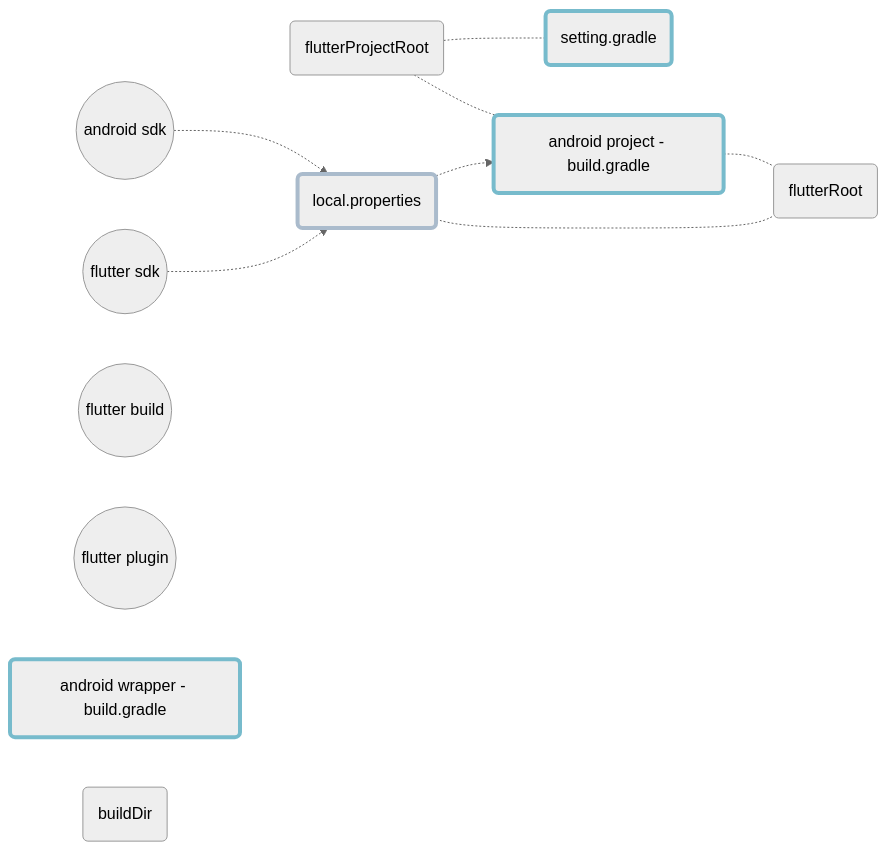
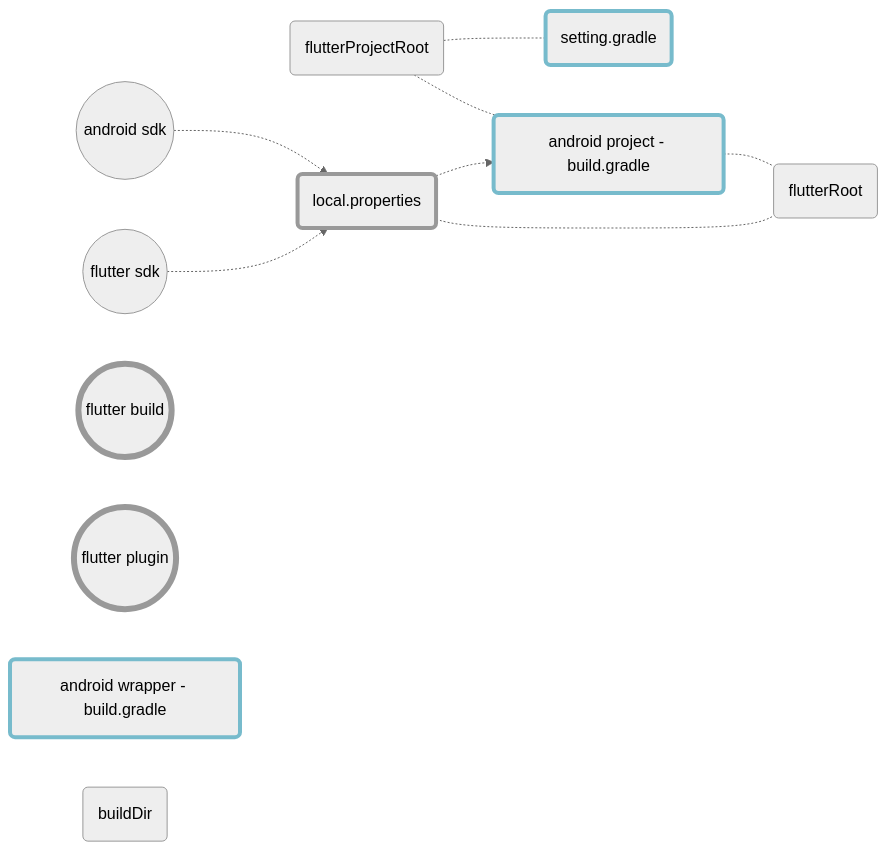
One commit to gordianknotC/nxp_note changed the second of 3 diagrams in flutter/addAndroidProjIntoFlutter.md. Above: the diagram before and after it, drawn with Mermaid (neutral theme). The commit also changed other lines of this file, not shown here.

Commit message:
flutter/addAndroidProjIntoFlutter.md updated from https://stackedit.io/

````diff
--- a/flutter/addAndroidProjIntoFlutter.md
+++ b/flutter/addAndroidProjIntoFlutter.md
@@ -241,30 +241,30 @@
 ```mermaid
 graph LR
 	fdk((flutter sdk))
 	adk((android sdk))
 	fbuild((flutter build))
 	fpgn((flutter plugin))
 	loc(local.properties)
-	style loc stroke-width:4px, stroke:#abc	
-	style loc stroke-width:4px, stroke:#abc
-	style loc stroke-width:4px, stroke:#abc
+	style loc stroke-width:4px   
+	style fbuild stroke-width:6px   
+	style fpgn stroke-width:6px 
+	
 	set(setting.gradle)
 	b1(android wrapper - build.gradle)
 	b2(android project - build.gradle)
 	style b1 stroke-width:4px, stroke:#7bc
 	style b2 stroke-width:4px, stroke:#7bc
 	style set stroke-width:4px, stroke:#7bc
-
 
 	dfr(flutterRoot)
 	dfp(flutterProjectRoot)
 	dfb(buildDir)
 	
 	fdk -.-> loc
 	adk -.-> loc
 	loc -.-> b2
 	loc -.- dfr
 	b2 -.- dfr
 	dfp -.- b2
 	dfp -.- set
 ```
````
